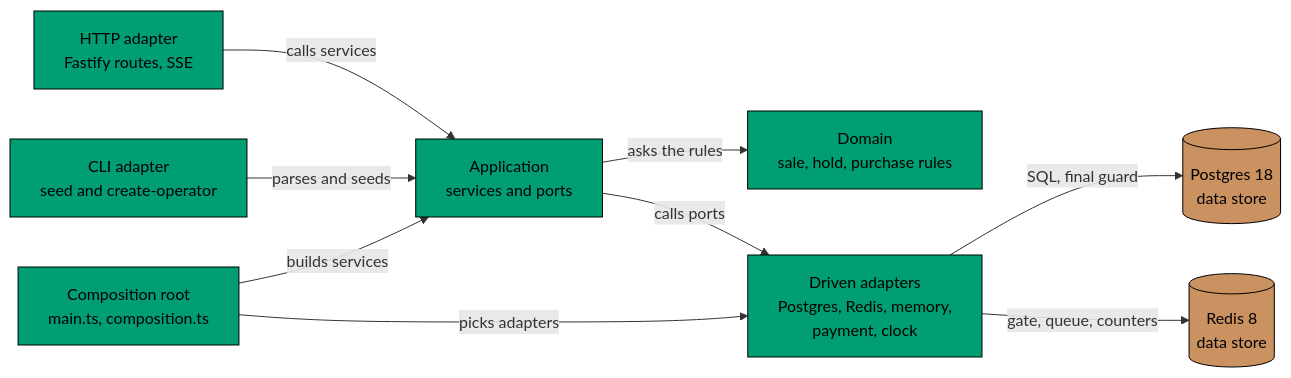
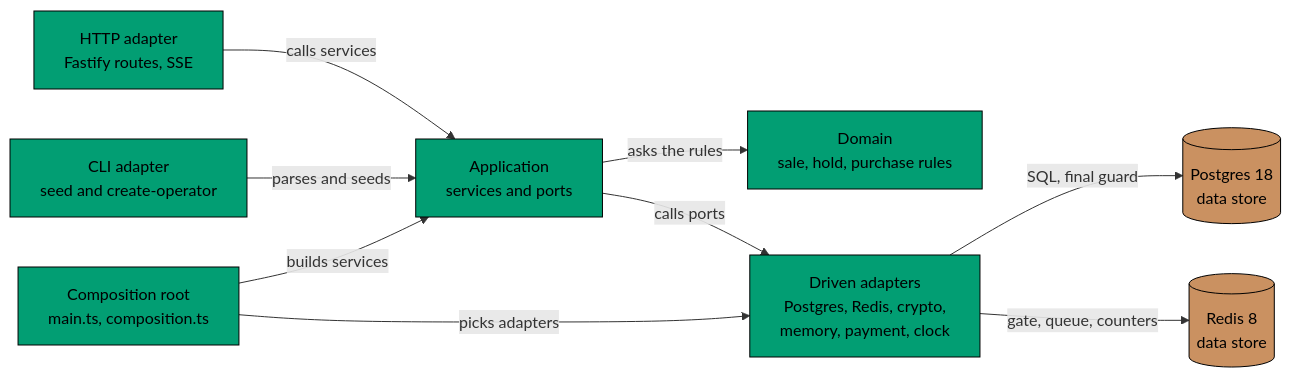
One commit to wahidyankf/coding-itv-js-flashsale changed the diagram in specs/apps/flash/c4/components.md. Above: the diagram before and after it, drawn with Mermaid. The commit also changed other lines of this file and 44 other files, not shown here.

````diff
--- a/specs/apps/flash/c4/components.md
+++ b/specs/apps/flash/c4/components.md
@@ -7,26 +7,26 @@
 ```mermaid
 flowchart LR
   accTitle: flash-be components
-  accDescr: The HTTP and command line adapters call the application services. The services use the domain model and call the ports. The Postgres, Redis, memory, payment and clock adapters implement the ports. The composition root chooses which adapter sits behind each port.
+  accDescr: The HTTP and command line adapters call the application services. The services use the domain model and call the ports. The Postgres, Redis, crypto, memory, payment and clock adapters implement the ports. The composition root chooses which adapter sits behind each port.
   http["HTTP adapter<br/>Fastify routes, SSE"]
   cli["CLI adapter<br/>seed and create-operator"]
   app["Application<br/>services and ports"]
   domain["Domain<br/>sale, hold, purchase rules"]
-  driven["Driven adapters<br/>Postgres, Redis, memory,<br/>payment, clock"]
+  driven["Driven adapters<br/>Postgres, Redis, crypto,<br/>memory, payment, clock"]
   root["Composition root<br/>main.ts, composition.ts"]
   pg[("Postgres 18<br/>data store")]
   redis[("Redis 8<br/>data store")]
   http -->|calls services| app
   cli -->|parses and seeds| app
   app -->|asks the rules| domain
   app -->|calls ports| driven
   driven -->|SQL, final guard| pg
   driven -->|gate, queue, counters| redis
   root -->|picks adapters| driven
   root -->|builds services| app
   classDef component fill:#029E73,stroke:#000000,color:#000000
   classDef store fill:#CA9161,stroke:#000000,color:#000000
   classDef default fill:#808080,stroke:#000000,color:#000000
   class http,cli,app,domain,driven,root component
   class pg,redis store
 ```
````
